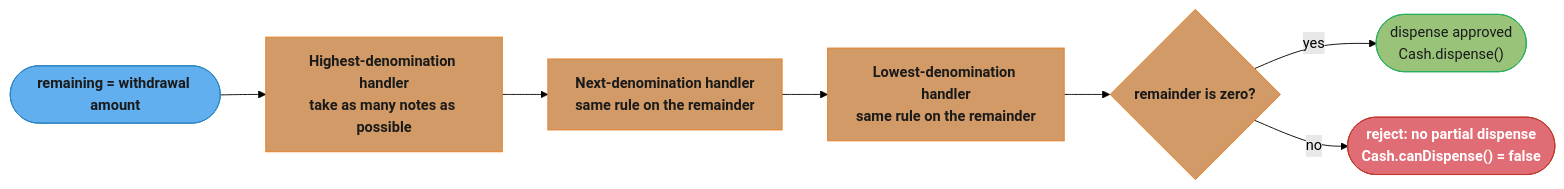
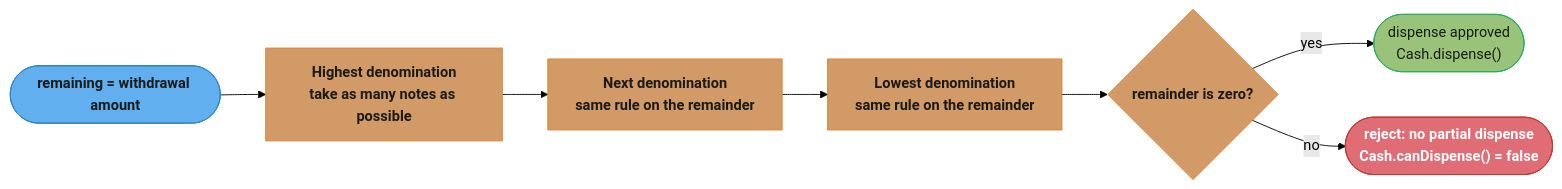
The third of 4 diagrams in src/main/java/com/rutik/systemdesign/lld/system_design_problems/ATM_README.md (rppol/system-design), drawn with Mermaid (forest theme) before and after one commit. The commit also changed other lines of this file and 22 other files, not shown here.

````diff
--- a/src/main/java/com/rutik/systemdesign/lld/system_design_problems/ATM_README.md
+++ b/src/main/java/com/rutik/systemdesign/lld/system_design_problems/ATM_README.md
@@ -185,23 +187,23 @@
 ```mermaid
 flowchart LR
     classDef io      fill:#61afef,stroke:#2e86c1,color:#1a1a1a,font-weight:bold
     classDef frozen  fill:#c678dd,stroke:#9b59b6,color:#fff
     classDef train   fill:#98c379,stroke:#27ae60,color:#1a1a1a
     classDef mathOp  fill:#d19a66,stroke:#e67e22,color:#1a1a1a,font-weight:bold
     classDef lossN   fill:#e06c75,stroke:#c0392b,color:#fff,font-weight:bold
     classDef req     fill:#56b6c2,stroke:#0097a7,color:#1a1a1a
     classDef base    fill:#e5c07b,stroke:#f39c12,color:#1a1a1a
 
-    In(["remaining = withdrawal amount"]) --> H1["Highest-denomination handler<br/>take as many notes as possible"]
-    H1 --> H2["Next-denomination handler<br/>same rule on the remainder"]
-    H2 --> H3["Lowest-denomination handler<br/>same rule on the remainder"]
+    In(["remaining = withdrawal amount"]) --> H1["Highest denomination<br/>take as many notes as possible"]
+    H1 --> H2["Next denomination<br/>same rule on the remainder"]
+    H2 --> H3["Lowest denomination<br/>same rule on the remainder"]
     H3 --> Chk{"remainder is zero?"}
     Chk -->|"yes"| Ok(["dispense approved<br/>Cash.dispense()"])
     Chk -->|"no"| Bad(["reject: no partial dispense<br/>Cash.canDispense() = false"])
 
     class In io
     class H1,H2,H3 mathOp
     class Chk mathOp
     class Ok train
     class Bad lossN
 ```
````
